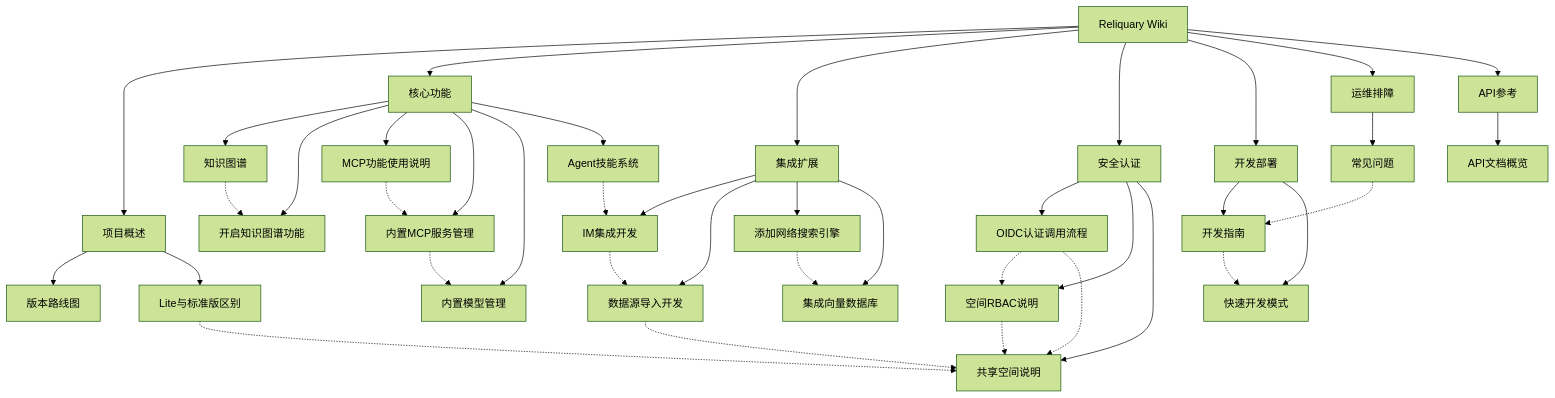
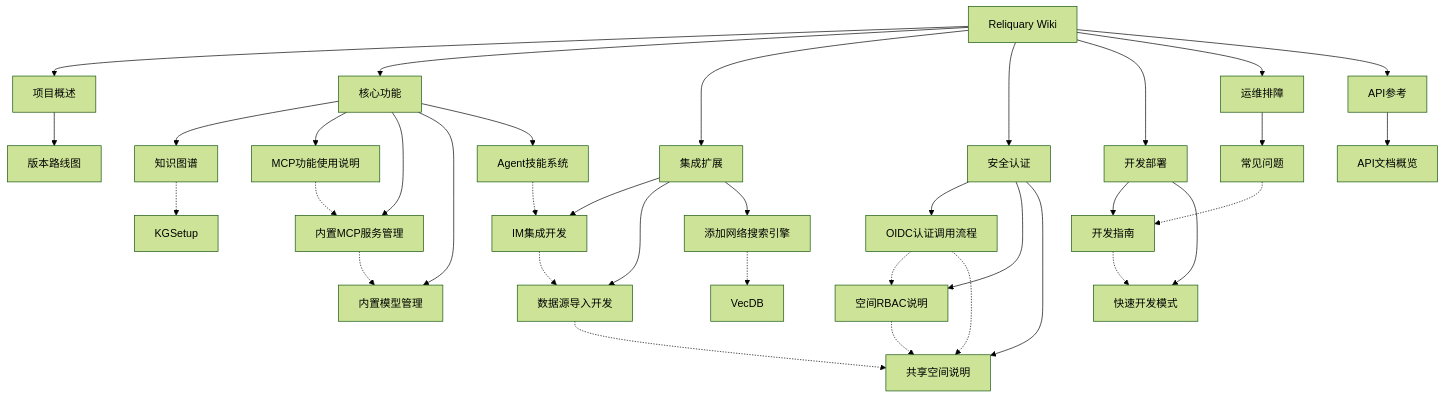
The diagram in docs/wiki/Home.md (Dikui/Reliquary), drawn with Mermaid (forest theme) before and after one commit. The commit also changed other lines of this file and 813 other files, not shown here.

````diff
--- a/docs/wiki/Home.md
+++ b/docs/wiki/Home.md
@@ -71,51 +68,47 @@
 ```mermaid
 graph TB
     Home[Reliquary Wiki]
     Home --> 项目概述
     Home --> 核心功能
     Home --> 集成扩展
     Home --> 安全认证
     Home --> 开发部署
     Home --> 运维排障
     Home --> API参考
 
     项目概述 --> ROADMAP[版本路线图]
-    项目概述 --> LITE[Lite与标准版区别]
 
     核心功能 --> KG[知识图谱]
-    核心功能 --> KGSetup[开启知识图谱功能]
     核心功能 --> MCP[MCP功能使用说明]
     核心功能 --> BuiltinMCP[内置MCP服务管理]
     核心功能 --> BuiltinModel[内置模型管理]
     核心功能 --> Skills[Agent技能系统]
 
     集成扩展 --> IM[IM集成开发]
     集成扩展 --> DS[数据源导入开发]
     集成扩展 --> WebSearch[添加网络搜索引擎]
-    集成扩展 --> VecDB[集成向量数据库]
 
     安全认证 --> OIDC[OIDC认证调用流程]
     安全认证 --> RBAC[空间RBAC说明]
     安全认证 --> SharedSpace[共享空间说明]
 
     开发部署 --> DevGuide[开发指南]
     开发部署 --> QuickDev[快速开发模式]
 
     运维排障 --> FAQ[常见问题]
 
     API参考 --> APIOverview[API文档概览]
 
     KG -.-> KGSetup
     MCP -.-> BuiltinMCP
     BuiltinMCP -.-> BuiltinModel
     Skills -.-> IM
     IM -.-> DS
     DS -.-> SharedSpace
     OIDC -.-> RBAC
     RBAC -.-> SharedSpace
     OIDC -.-> SharedSpace
-    LITE -.-> SharedSpace
     WebSearch -.-> VecDB
     DevGuide -.-> QuickDev
     FAQ -.-> DevGuide
 ```
````
